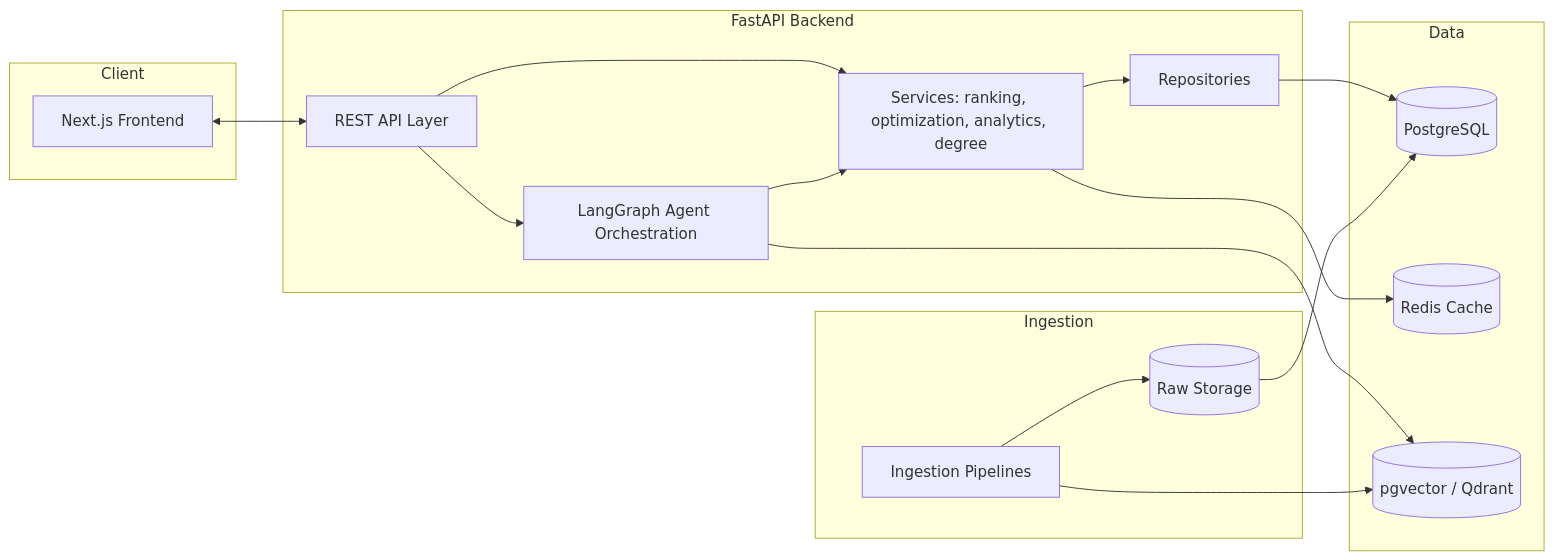
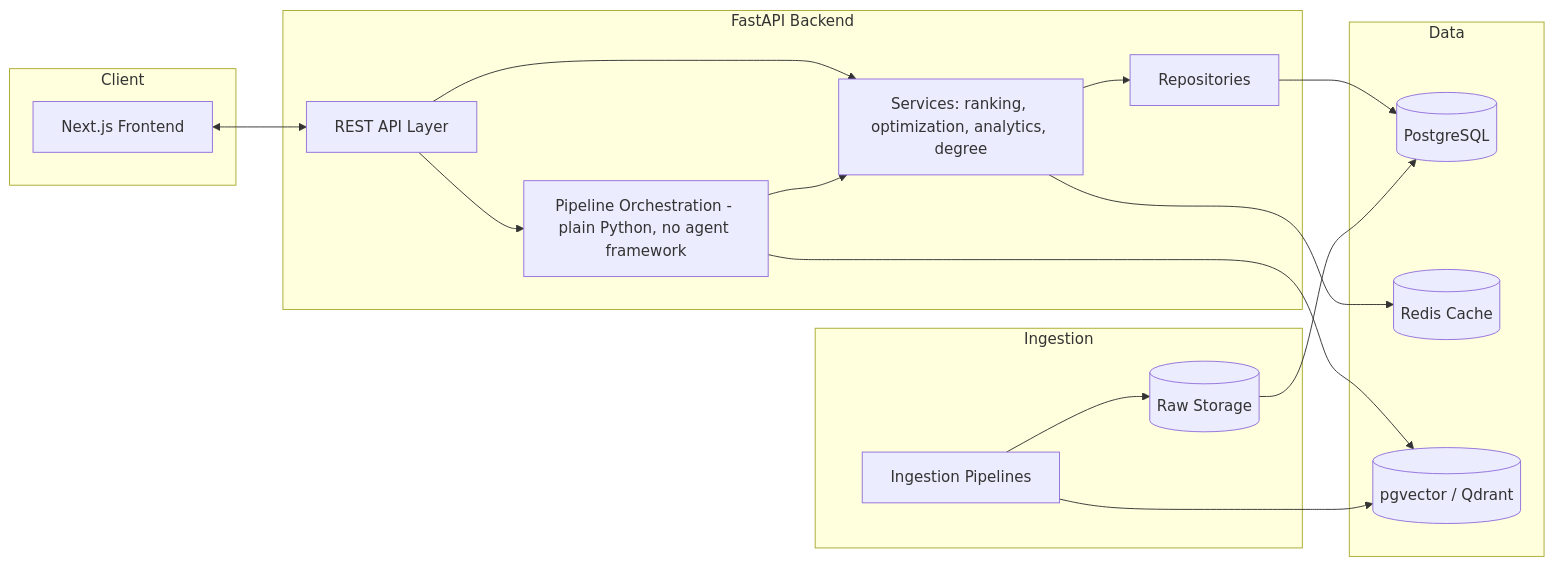
The first of 3 diagrams in docs/architecture-proposal.md (HARSHAVELU/campuswise-ai), drawn with Mermaid before and after one commit. The commit also changed other lines of this file and 1 other file, not shown here.

Commit message:
Correct docs: no LangGraph/LangChain used, describe actual pipeline architecture

````diff
--- a/docs/architecture-proposal.md
+++ b/docs/architecture-proposal.md
@@ -61,32 +61,32 @@
 ```mermaid
 flowchart LR
     subgraph Client
         FE[Next.js Frontend]
     end
     subgraph API[FastAPI Backend]
         REST[REST API Layer]
-        AGENTS[LangGraph Agent Orchestration]
+        AGENTS[Pipeline Orchestration - plain Python, no agent framework]
         SVC[Services: ranking, optimization, analytics, degree]
         REPO[Repositories]
     end
     subgraph Data
         PG[(PostgreSQL)]
         REDIS[(Redis Cache)]
         VEC[(pgvector / Qdrant)]
     end
     subgraph Ingestion
         ING[Ingestion Pipelines]
         RAW[(Raw Storage)]
     end
 
     FE <--> REST
     REST --> AGENTS
     REST --> SVC
     AGENTS --> SVC
     SVC --> REPO
     REPO --> PG
     SVC --> REDIS
     AGENTS --> VEC
     ING --> RAW --> PG
     ING --> VEC
 ```
````
